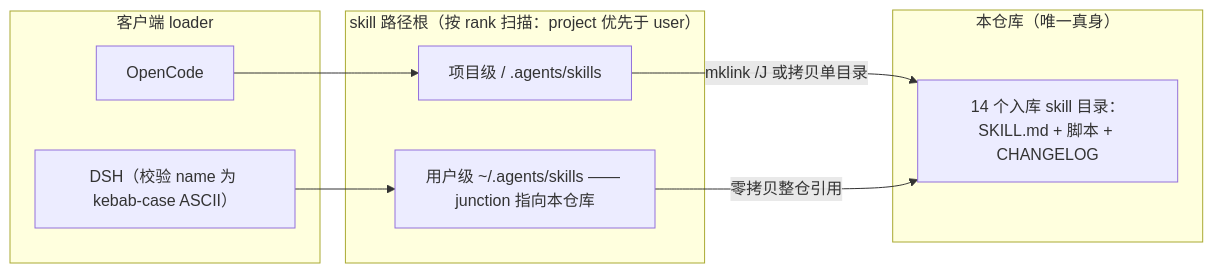
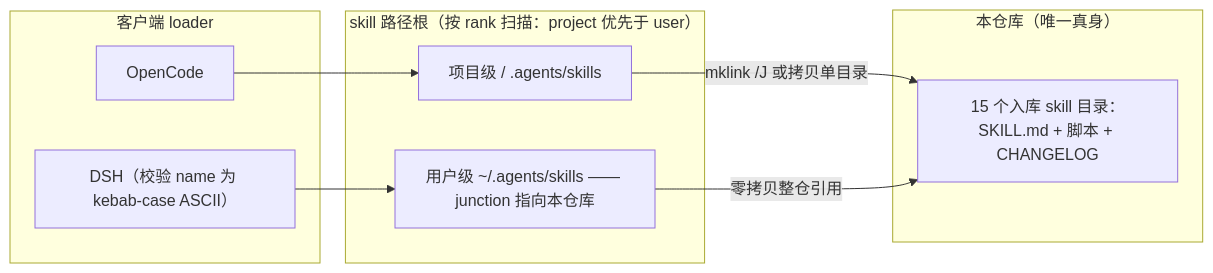
The diagram in README.md (lq700212/MachineVisionSkill), drawn with Mermaid before and after one commit. The commit also changed other lines of this file and 25 other files, not shown here.

````diff
--- a/README.md
+++ b/README.md
@@ -134,18 +135,18 @@
 ```mermaid
 graph LR
     subgraph G1["客户端 loader"]
         OC["OpenCode"]
         DSH["DSH（校验 name 为 kebab-case ASCII）"]
     end
     subgraph G2["skill 路径根（按 rank 扫描：project 优先于 user）"]
         PR["项目级 / .agents/skills"]
         UR["用户级 ~/.agents/skills —— junction 指向本仓库"]
     end
     subgraph G3["本仓库（唯一真身）"]
-        SK["14 个入库 skill 目录：SKILL.md + 脚本 + CHANGELOG"]
+        SK["15 个入库 skill 目录：SKILL.md + 脚本 + CHANGELOG"]
     end
     OC --> PR
     DSH --> UR
     PR -- "mklink /J 或拷贝单目录" --> SK
     UR -- "零拷贝整仓引用" --> SK
 ```
````
